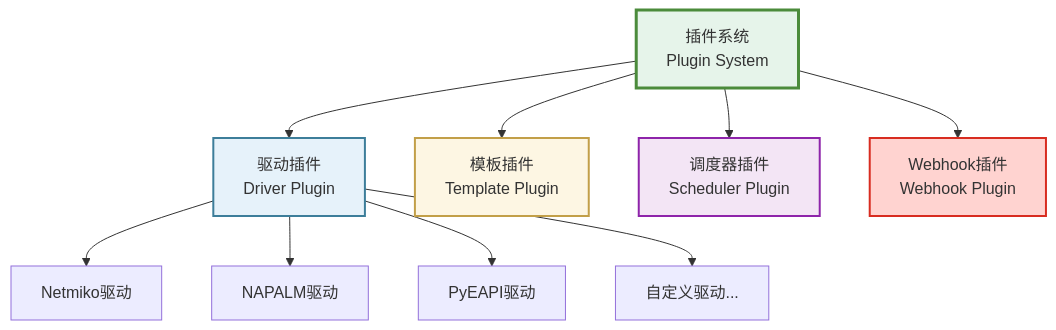
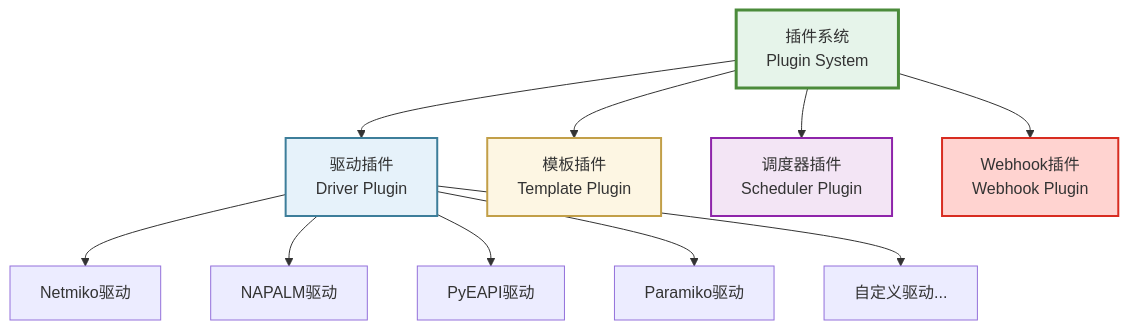
The first of 3 diagrams in docs/zh/architecture/plugin-system.md (scitix/netpulse), drawn with Mermaid before and after one commit. The commit also changed other lines of this file and 43 other files, not shown here.

Commit message:
feat: add new 'paramiko' driver for Linux management

````diff
--- a/docs/zh/architecture/plugin-system.md
+++ b/docs/zh/architecture/plugin-system.md
@@ -15,20 +15,21 @@
 ```mermaid
 graph TB
     Plugin[插件系统<br/>Plugin System]
     
     Plugin --> Driver[驱动插件<br/>Driver Plugin]
     Plugin --> Template[模板插件<br/>Template Plugin]
     Plugin --> Scheduler[调度器插件<br/>Scheduler Plugin]
     Plugin --> Webhook[Webhook插件<br/>Webhook Plugin]
     
     Driver --> Netmiko[Netmiko驱动]
     Driver --> NAPALM[NAPALM驱动]
     Driver --> PyEAPI[PyEAPI驱动]
+    Driver --> Paramiko[Paramiko驱动]
     Driver --> Custom[自定义驱动...]
     
     style Plugin fill:#E6F4EA,stroke:#4B8B3B,stroke-width:3px
     style Driver fill:#E6F2FA,stroke:#3D7E9A,stroke-width:2px
     style Template fill:#FDF6E3,stroke:#C29F48,stroke-width:2px
     style Scheduler fill:#F3E5F5,stroke:#8E24AA,stroke-width:2px
     style Webhook fill:#FFD3D0,stroke:#D82C20,stroke-width:2px
 ```
````
